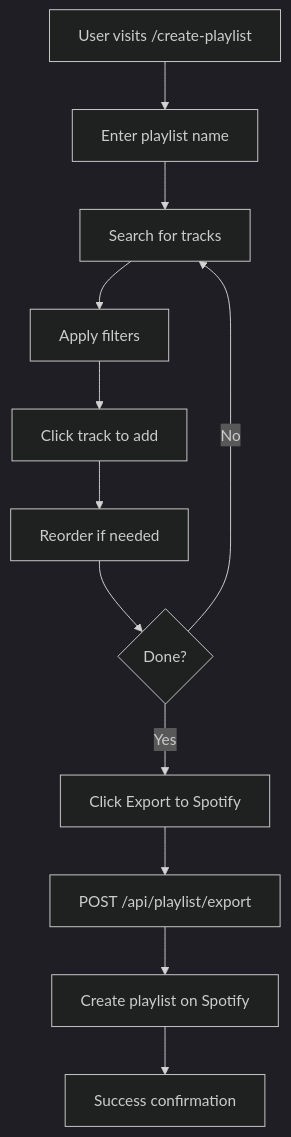
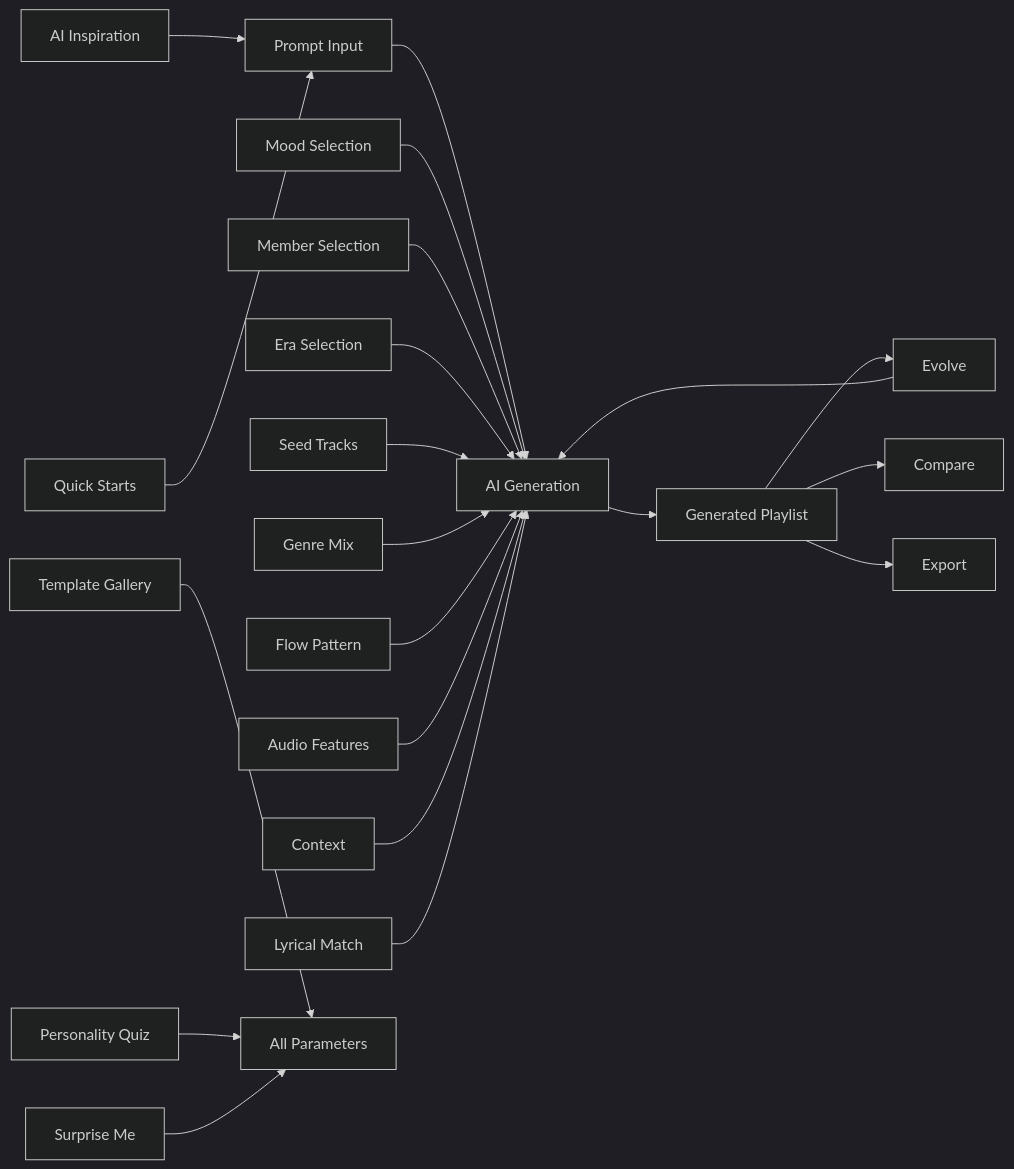
Before and after one commit to NoobSambit/ARMYVERSE2: the second of 2 diagrams in docs/features/playlist-generation.md, drawn with Mermaid (dark theme). The commit also changed other lines of this file and 156 other files, not shown here.

````diff
--- a/docs/features/playlist-generation.md
+++ b/docs/features/playlist-generation.md
@@ -85,14 +417,26 @@
 ```mermaid
-graph TD
-    A[User visits /create-playlist] --> B[Enter playlist name]
-    B --> C[Search for tracks]
-    C --> D[Apply filters]
-    D --> E[Click track to add]
-    E --> F[Reorder if needed]
-    F --> G{Done?}
-    G -->|No| C
-    G -->|Yes| H[Click Export to Spotify]
-    H --> I[POST /api/playlist/export]
-    I --> J[Create playlist on Spotify]
-    J --> K[Success confirmation]
+graph LR
+    A[Prompt Input] --> Z[AI Generation]
+    B[Mood Selection] --> Z
+    C[Member Selection] --> Z
+    D[Era Selection] --> Z
+    E[Seed Tracks] --> Z
+    F[Genre Mix] --> Z
+    G[Flow Pattern] --> Z
+    H[Audio Features] --> Z
+    I[Context] --> Z
+    J[Lyrical Match] --> Z
+
+    K[AI Inspiration] --> A
+    L[Quick Starts] --> A
+    M[Template Gallery] --> ALL[All Parameters]
+    N[Personality Quiz] --> ALL
+    O[Surprise Me] --> ALL
+
+    Z --> P[Generated Playlist]
+    P --> Q[Evolve]
+    P --> R[Compare]
+    P --> S[Export]
+
+    Q --> Z
 ```
````
